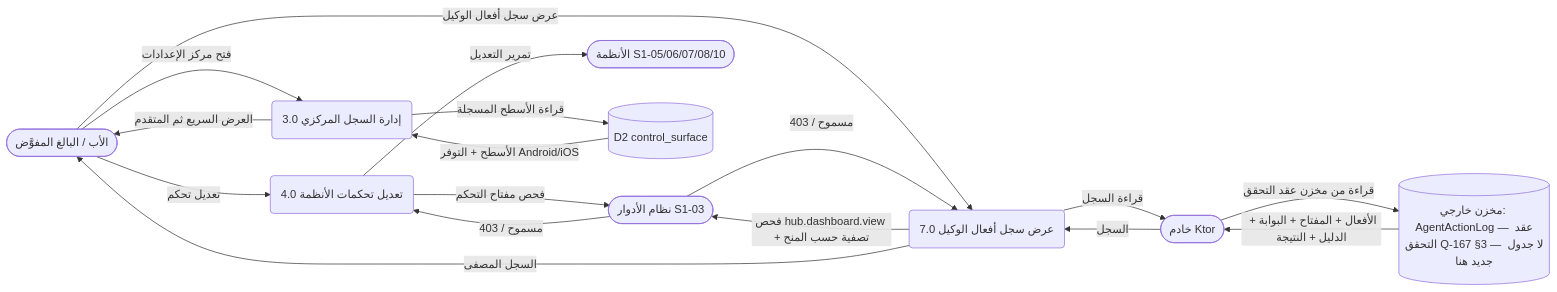
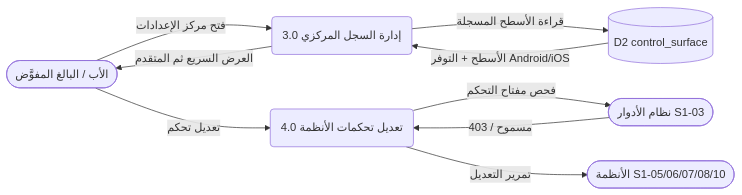
Diagram 24 of 33 in docs/family-os/governance/phases/phase-1/S1-09-command-center-and-settings/DIAGRAMS.md (Bassam-mohammed-alqaeadi/family-os-v2), drawn with Mermaid before and after one commit. The commit also changed other lines of this file, not shown here.

````diff
--- a/docs/family-os/governance/phases/phase-1/S1-09-command-center-and-settings/DIAGRAMS.md
+++ b/docs/family-os/governance/phases/phase-1/S1-09-command-center-and-settings/DIAGRAMS.md
@@ -603,29 +813,17 @@
 ```mermaid
 flowchart LR
     Father([الأب / البالغ المفوَّض])
     S103([نظام الأدوار S1-03])
     Systems([الأنظمة S1-05/06/07/08/10])
     P3(3.0 إدارة السجل المركزي)
     P4(4.0 تعديل تحكمات الأنظمة)
-    P7(7.0 عرض سجل أفعال الوكيل)
     D2[(D2 control_surface)]
-    ExtLog[(مخزن خارجي: AgentActionLog — عقد التحقق Q-167 §3 — لا جدول جديد هنا)]
-    Ktor([خادم Ktor])
-
     Father -->|فتح مركز الإعدادات| P3
     P3 -->|قراءة الأسطح المسجلة| D2
     D2 -->|الأسطح + التوفر Android/iOS| P3
     P3 -->|العرض السريع ثم المتقدم| Father
     Father -->|تعديل تحكم| P4
     P4 -->|فحص مفتاح التحكم| S103
     S103 -->|مسموح / 403| P4
     P4 -->|تمرير التعديل| Systems
-    Father -->|عرض سجل أفعال الوكيل| P7
-    P7 -->|فحص hub.dashboard.view + تصفية حسب المنح| S103
-    S103 -->|مسموح / 403| P7
-    P7 -->|قراءة السجل| Ktor
-    Ktor -->|قراءة من مخزن عقد التحقق| ExtLog
-    ExtLog -->|الأفعال + المفتاح + البوابة + الدليل + النتيجة| Ktor
-    Ktor -->|السجل| P7
-    P7 -->|السجل المصفى| Father
 ```
````
